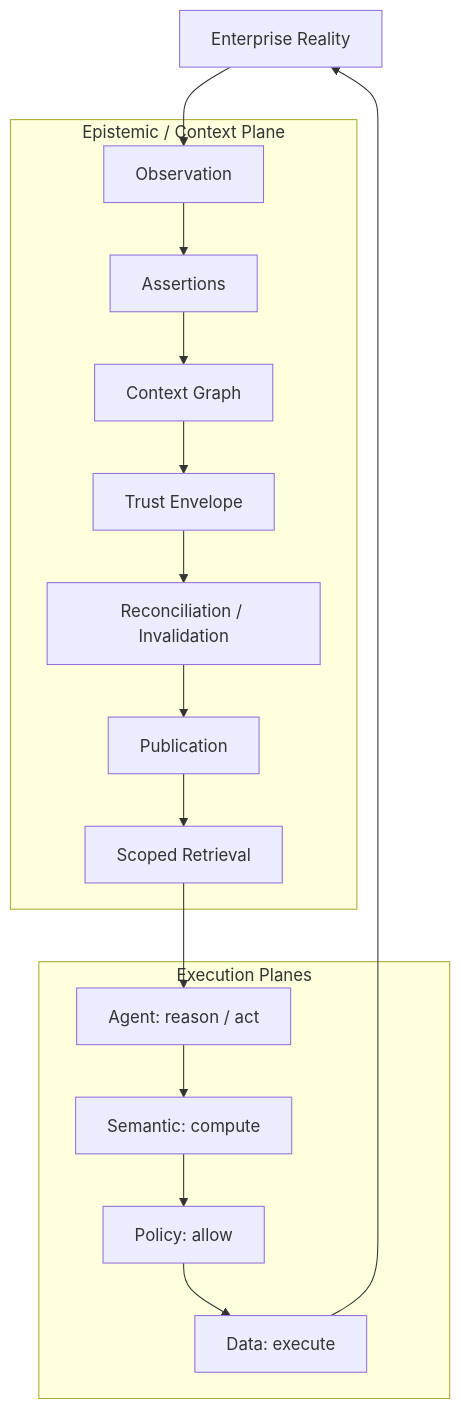
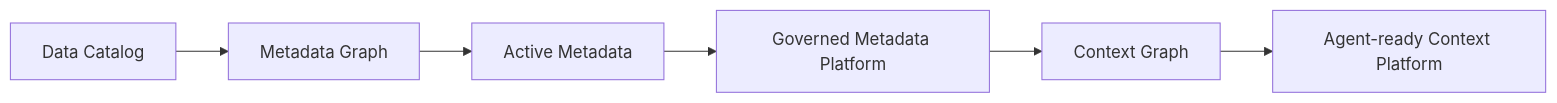
Before and after one commit to XiaoWeiKIN/datahub-research: the first of 2 diagrams in README.md, drawn with Mermaid. The commit also changed other lines of this file, not shown here.

Commit message:
docs: complete first-phase DataHub context architecture research

```diff
--- a/README.md
+++ b/README.md
@@ -24,25 +28,11 @@
 ~~~mermaid
-flowchart TB
-    REAL[Enterprise Reality]
+flowchart LR
+    CAT[Data Catalog]
+    GRAPH[Metadata Graph]
+    ACTIVE[Active Metadata]
+    GOV[Governed Metadata Platform]
+    CONTEXT[Context Graph]
+    AGENT[Agent-ready Context Platform]
 
-    subgraph EP[Epistemic / Context Plane]
-        OBS[Observation]
-        ASSERT[Assertions]
-        GRAPH[Context Graph]
-        TRUST[Trust Envelope]
-        REC[Reconciliation / Invalidation]
-        PUB[Publication]
-        RET[Scoped Retrieval]
-    end
-
-    subgraph OTHER[Execution Planes]
-        SEM[Semantic: compute]
-        POLICY[Policy: allow]
-        DATA[Data: execute]
-        AG[Agent: reason / act]
-    end
-
-    REAL --> OBS --> ASSERT --> GRAPH --> TRUST --> REC --> PUB --> RET --> AG
-    AG --> SEM --> POLICY --> DATA
-    DATA --> REAL
+    CAT --> GRAPH --> ACTIVE --> GOV --> CONTEXT --> AGENT
 ~~~
```
